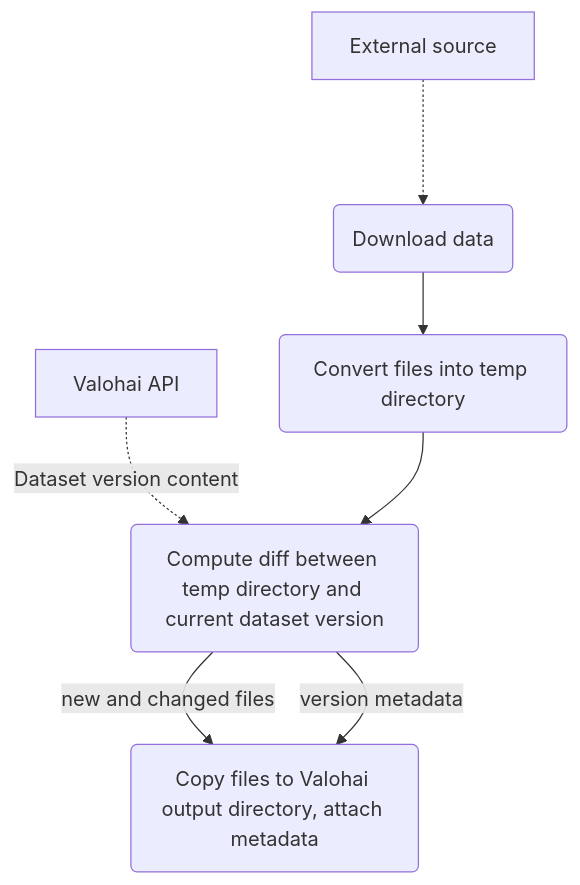
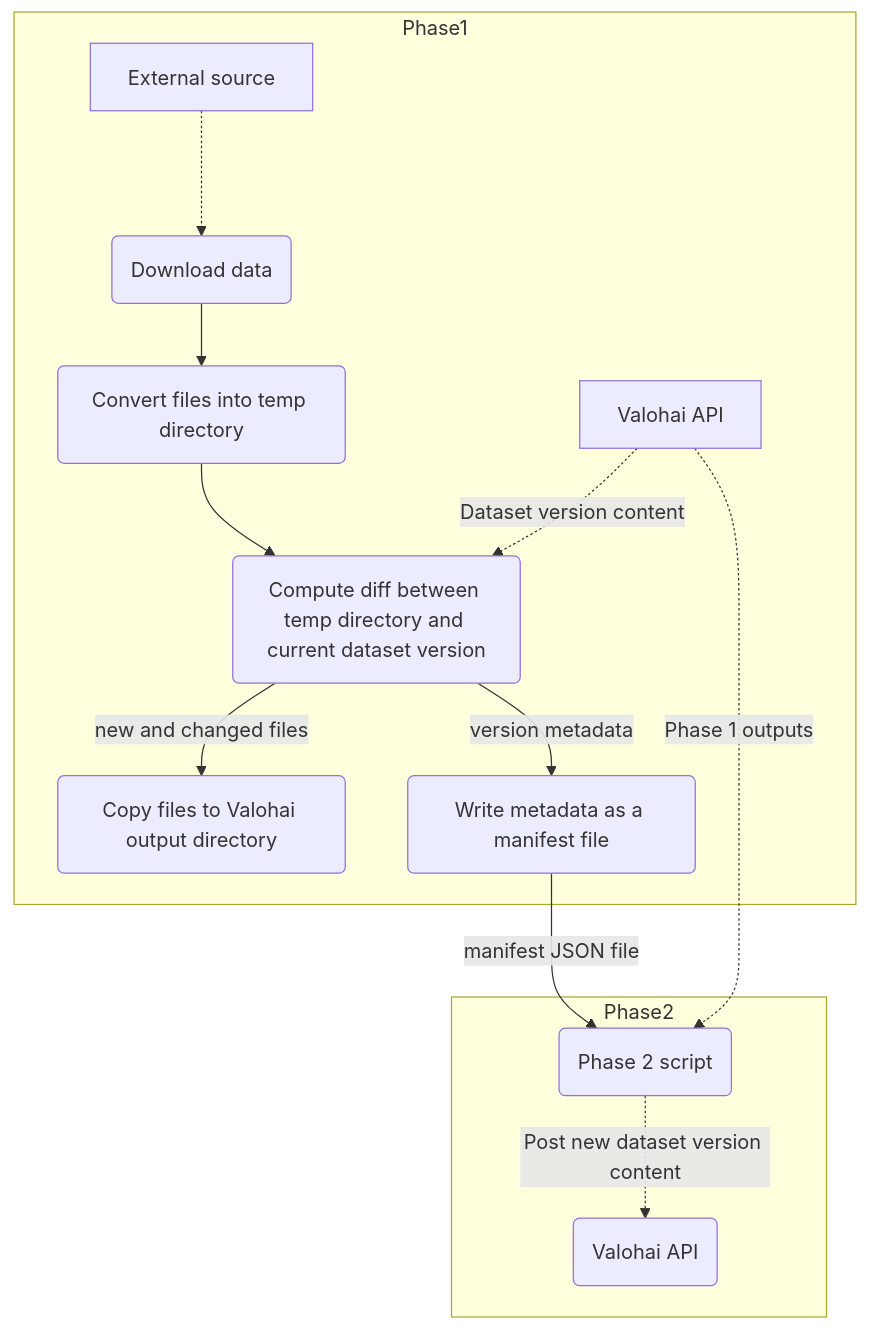
The diagram in README.md (valohai/dataset-update-example), drawn with Mermaid before and after one commit. The commit also changed other lines of this file and 4 other files, not shown here.

Commit message:
Two-phase version 2

````diff
--- a/README.md
+++ b/README.md
@@ -12,9 +12,16 @@
 ```mermaid
 graph TD
-    src[External source] -..-> dl(Download data)
-    dl --> cvt(Convert files into temp directory)
-    api[Valohai API] -. Dataset version content .-> diff(Compute diff between temp directory and current dataset version)
-    cvt --> diff
-    diff -->|new and changed files|cp(Copy files to Valohai output directory, attach metadata)
-    diff -->|version metadata| cp
+subgraph Phase1
+   src[External source] -..-> dl(Download data)
+   dl --> cvt(Convert files into temp directory)
+   api[Valohai API] -. Dataset version content .-> diff(Compute diff between temp directory and current dataset version)
+   cvt --> diff
+   diff -->|new and changed files|cp(Copy files to Valohai output directory)
+   diff -->|version metadata| md(Write metadata as a manifest file)
+end
+subgraph Phase2
+   md --> |manifest JSON file| p2s(Phase 2 script)
+   api -. Phase 1 outputs .-> p2s
+   p2s -. Post new dataset version content .-> napi(Valohai API)
+end
 ```
````
